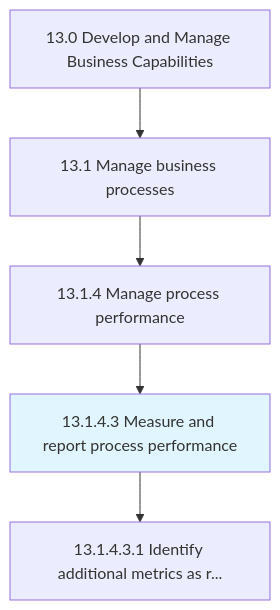
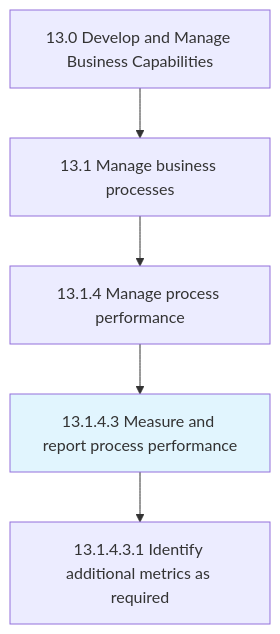
Before and after one commit to kziemski/business.org.ai: the first of 2 diagrams in processes/13-Capabilities/13.1-ManageBusinessProcesses/13.1.4-ManageProcessPerformance/13.1.4.3-MeasureReportProcessPerformance/index.mdx, drawn with Mermaid. The commit also changed other lines of this file and 885 other files, not shown here.

````diff
--- a/processes/13-Capabilities/13.1-ManageBusinessProcesses/13.1.4-ManageProcessPerformance/13.1.4.3-MeasureReportProcessPerformance/index.mdx
+++ b/processes/13-Capabilities/13.1-ManageBusinessProcesses/13.1.4-ManageProcessPerformance/13.1.4.3-MeasureReportProcessPerformance/index.mdx
@@ -25,9 +27,9 @@
 ```mermaid
 graph TD
     C13["13.0 Develop and Manage Business Capabilities"]
     C13 --> N13_1["13.1 Manage business processes"]
     N13_1 --> N13_1_4["13.1.4 Manage process performance"]
     N13_1_4 --> N13_1_4_3["13.1.4.3 Measure and report process performance"]
     style N13_1_4_3 fill:#e1f5fe
-    N13_1_4_3 --> N13_1_4_3_1["13.1.4.3.1 Identify additional metrics as r..."]
+    N13_1_4_3 --> N13_1_4_3_1["13.1.4.3.1 Identify additional metrics as required"]
 ```
````
